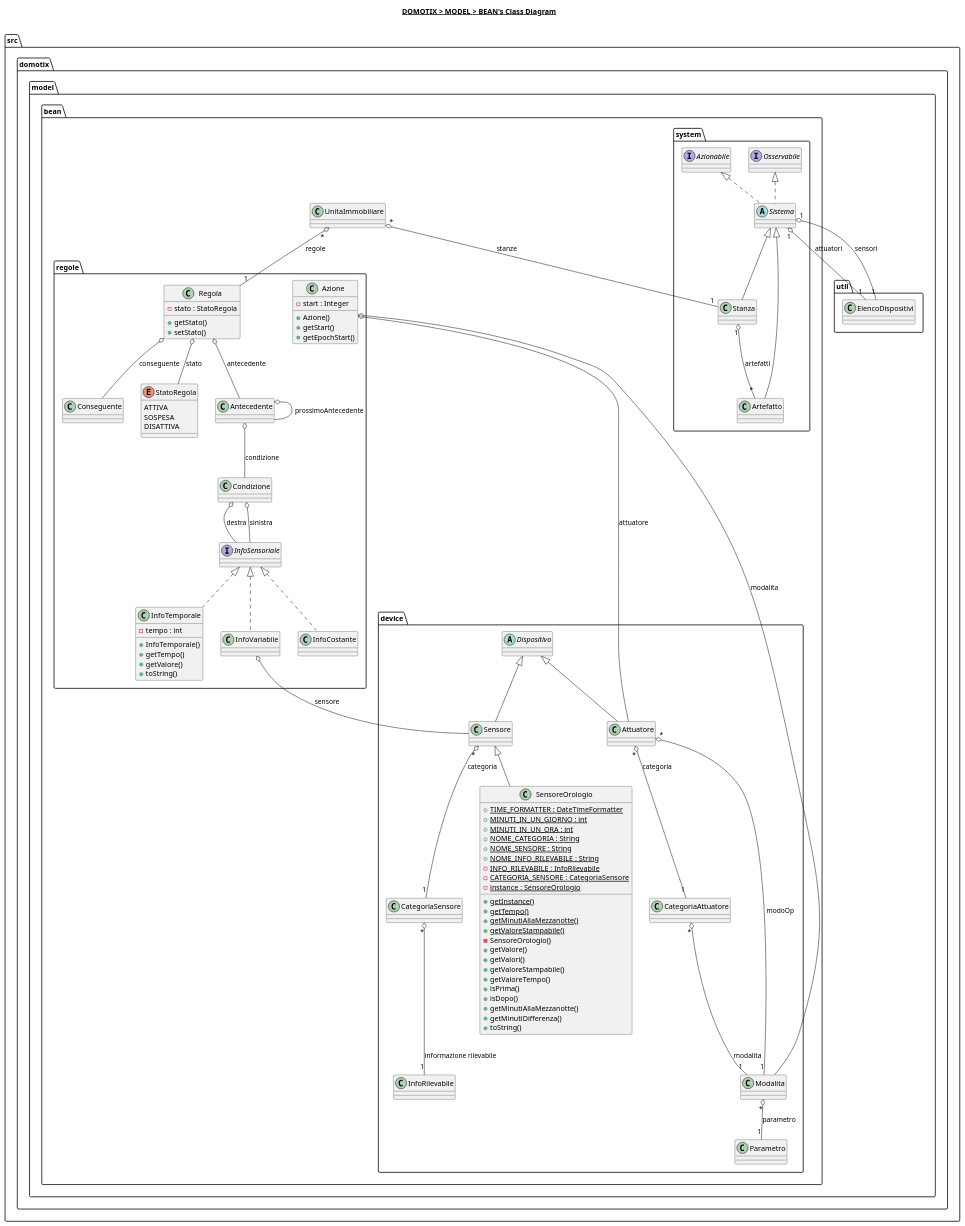
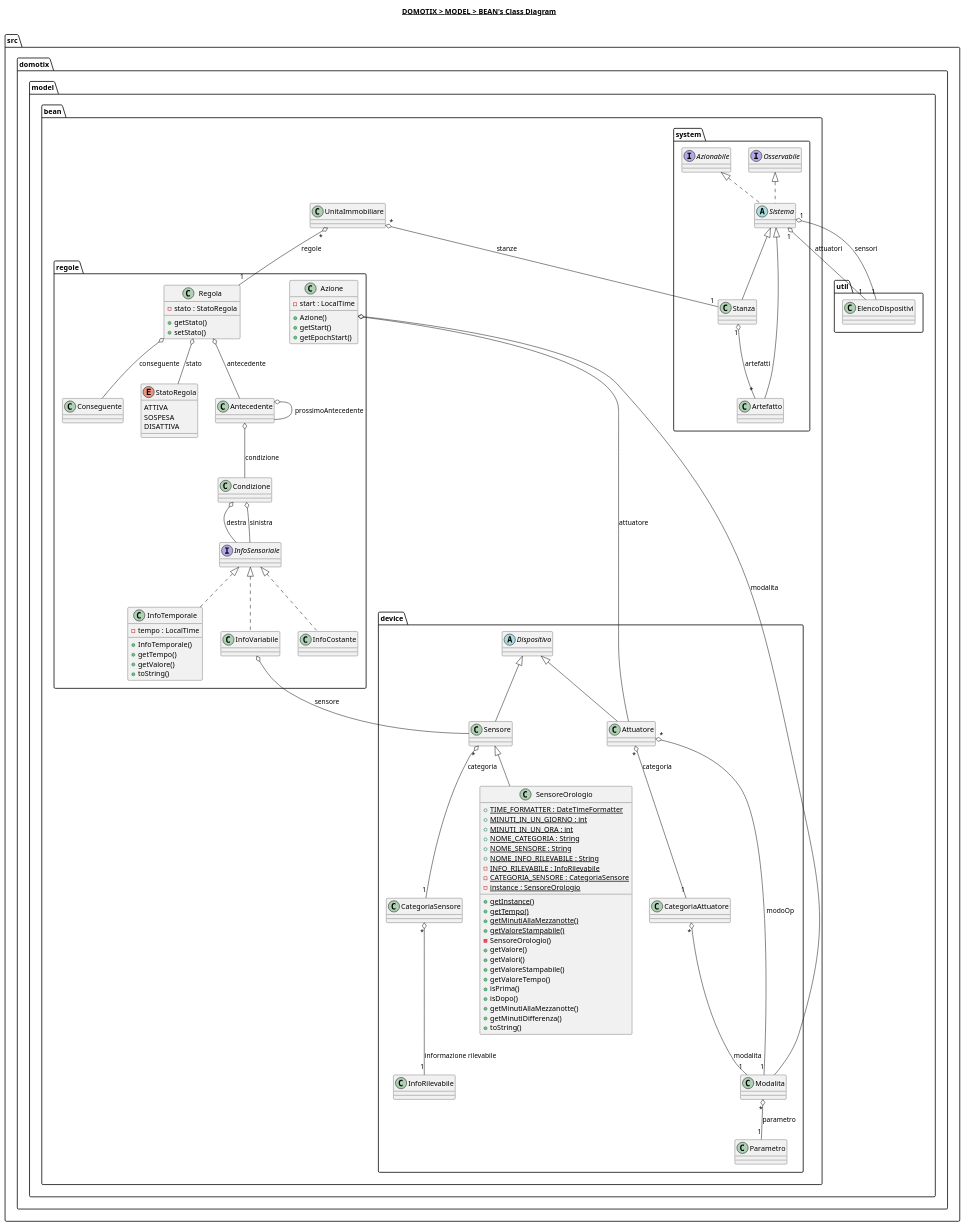
One commit to Edoar-do/Domotix changed the diagram in src/domotix/model/bean/bean.plantuml. Above: the diagram before and after it, drawn with PlantUML. The commit also changed 17 other files, not shown here.

```diff
--- a/src/domotix/model/bean/bean.plantuml
+++ b/src/domotix/model/bean/bean.plantuml
@@ -1,165 +1,165 @@
 @startuml
 
 title __DOMOTIX > MODEL > BEAN's Class Diagram__\n
 
 namespace src.domotix.model {
     namespace util {
     }
 
     namespace bean {
         class src.domotix.model.bean.UnitaImmobiliare {
         }
 
         namespace device {
             class src.domotix.model.bean.device.Attuatore {
             }
 
             class src.domotix.model.bean.device.CategoriaAttuatore {
             }
 
             class src.domotix.model.bean.device.CategoriaSensore {
             }
 
             abstract class src.domotix.model.bean.device.Dispositivo {
             }
 
             class src.domotix.model.bean.device.Modalita {
             }
 
             class src.domotix.model.bean.device.Parametro {
             }
 
             class src.domotix.model.bean.device.Sensore {
             }
 
             class src.domotix.model.bean.device.InfoRilevabile {
             }
 
             class src.domotix.model.bean.device.SensoreOrologio {
                 {static} + TIME_FORMATTER : DateTimeFormatter
                 {static} + MINUTI_IN_UN_GIORNO : int
                 {static} + MINUTI_IN_UN_ORA : int
                 {static} + NOME_CATEGORIA : String
                 {static} + NOME_SENSORE : String
                 {static} + NOME_INFO_RILEVABILE : String
                 {static} - INFO_RILEVABILE : InfoRilevabile
                 {static} - CATEGORIA_SENSORE : CategoriaSensore
                 {static} - instance : SensoreOrologio
                 {static} + getInstance()
                 {static} + getTempo()
                 {static} + getMinutiAllaMezzanotte()
                 {static} + getValoreStampabile()
                 - SensoreOrologio()
                 + getValore()
                 + getValori()
                 + getValoreStampabile()
                 + getValoreTempo()
                 + isPrima()
                 + isDopo()
                 + getMinutiAllaMezzanotte()
                 + getMinutiDifferenza()
                 + toString()
             }
         }
 
         namespace system {
             class src.domotix.model.bean.system.Artefatto {
               }
 
               interface src.domotix.model.bean.system.Azionabile {
               }
 
               interface src.domotix.model.bean.system.Osservabile {
               }
 
               abstract class src.domotix.model.bean.system.Sistema {
               }
 
               class src.domotix.model.bean.system.Stanza {
               }
         }
 
         namespace regole {
             class src.domotix.model.bean.regole.Regola {
                 - stato : StatoRegola
                 + getStato()
                 + setStato()
             }
 
             enum src.domotix.model.bean.regole.StatoRegola {
                 ATTIVA
                 SOSPESA
                 DISATTIVA
             }
 
             class src.domotix.model.bean.regole.Antecedente {
             }
 
             class src.domotix.model.bean.regole.Condizione {
             }
 
             interface src.domotix.model.bean.regole.InfoSensoriale {
             }
 
             class src.domotix.model.bean.regole.InfoCostante {
             }
 
             class src.domotix.model.bean.regole.InfoTemporale {
-                - tempo : int
+                - tempo : LocalTime
                 + InfoTemporale()
                 + getTempo()
                 + getValore()
                 + toString()
             }
 
             class src.domotix.model.bean.regole.InfoVariabile {
             }
 
             class src.domotix.model.bean.regole.Conseguente {
             }
 
             class src.domotix.model.bean.regole.Azione {
-                - start : Integer
+                - start : LocalTime
                 + Azione()
                 + getStart()
                 + getEpochStart()
             }
         }
     }
 }
 
 src.domotix.model.bean.device.Attuatore -up-|> src.domotix.model.bean.device.Dispositivo
 src.domotix.model.bean.device.Attuatore "*" o-- "1" src.domotix.model.bean.device.CategoriaAttuatore : categoria
 src.domotix.model.bean.device.Attuatore "*" o-- "1" src.domotix.model.bean.device.Modalita : modoOp
 src.domotix.model.bean.device.CategoriaAttuatore "*" o-- "1" src.domotix.model.bean.device.Modalita : modalita
 src.domotix.model.bean.device.Modalita "*" o-- "1" src.domotix.model.bean.device.Parametro : parametro
 src.domotix.model.bean.device.Sensore -up-|> src.domotix.model.bean.device.Dispositivo
 src.domotix.model.bean.device.Sensore "*" o-- "1" src.domotix.model.bean.device.CategoriaSensore : categoria
 src.domotix.model.bean.device.CategoriaSensore "*" o-- "1" src.domotix.model.bean.device.InfoRilevabile : informazione rilevabile
 src.domotix.model.bean.device.SensoreOrologio -up-|> src.domotix.model.bean.device.Sensore
 
 src.domotix.model.bean.system.Artefatto -up-|> src.domotix.model.bean.system.Sistema
 src.domotix.model.bean.system.Sistema .up.|> src.domotix.model.bean.system.Azionabile
 src.domotix.model.bean.system.Sistema .up.|> src.domotix.model.bean.system.Osservabile
 src.domotix.model.bean.system.Sistema "1" o-- "1" src.domotix.model.util.ElencoDispositivi : attuatori
 src.domotix.model.bean.system.Sistema "1" o-- "1" src.domotix.model.util.ElencoDispositivi : sensori
 src.domotix.model.bean.system.Stanza -up-|> src.domotix.model.bean.system.Sistema
 src.domotix.model.bean.system.Stanza "1" o-- "*" src.domotix.model.bean.system.Artefatto : artefatti
 src.domotix.model.bean.UnitaImmobiliare "*" o-- "1" src.domotix.model.bean.system.Stanza : stanze
 src.domotix.model.bean.UnitaImmobiliare "*" o-- "1" src.domotix.model.bean.regole.Regola : regole
 
 src.domotix.model.bean.regole.Antecedente o-- src.domotix.model.bean.regole.Condizione : condizione
 src.domotix.model.bean.regole.Antecedente o-- src.domotix.model.bean.regole.Antecedente : prossimoAntecedente
 src.domotix.model.bean.regole.Azione o-- src.domotix.model.bean.device.Attuatore : attuatore
 src.domotix.model.bean.regole.Azione o-- src.domotix.model.bean.device.Modalita : modalita
 src.domotix.model.bean.regole.Condizione o-- src.domotix.model.bean.regole.InfoSensoriale : destra
 src.domotix.model.bean.regole.Condizione o-- src.domotix.model.bean.regole.InfoSensoriale : sinistra
 src.domotix.model.bean.regole.InfoCostante .up.|> src.domotix.model.bean.regole.InfoSensoriale
 src.domotix.model.bean.regole.InfoVariabile .up.|> src.domotix.model.bean.regole.InfoSensoriale
 src.domotix.model.bean.regole.InfoTemporale .up.|> src.domotix.model.bean.regole.InfoSensoriale
 src.domotix.model.bean.regole.InfoVariabile o-- src.domotix.model.bean.device.Sensore : sensore
 src.domotix.model.bean.regole.Regola o-- src.domotix.model.bean.regole.Antecedente : antecedente
 src.domotix.model.bean.regole.Regola o-- src.domotix.model.bean.regole.Conseguente : conseguente
 src.domotix.model.bean.regole.Regola o-- src.domotix.model.bean.regole.StatoRegola : stato
 
 @enduml
```
